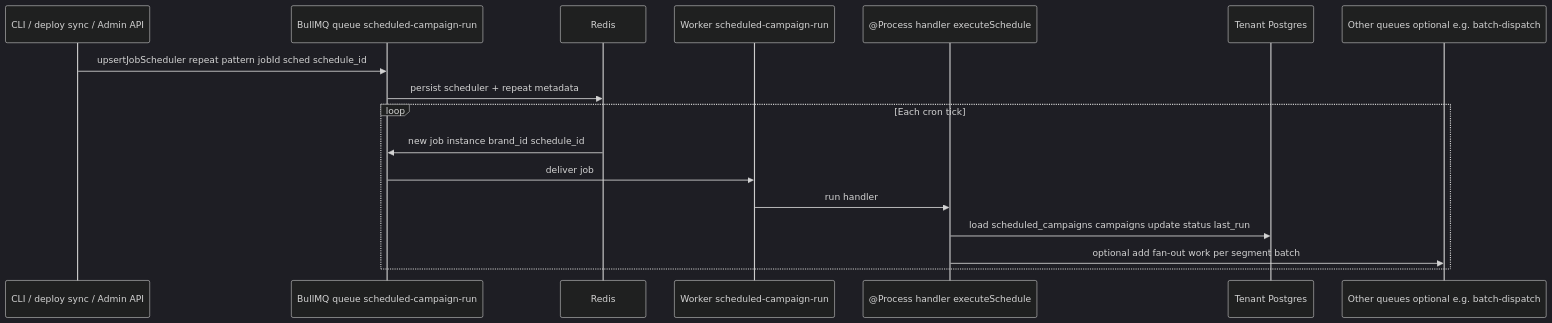
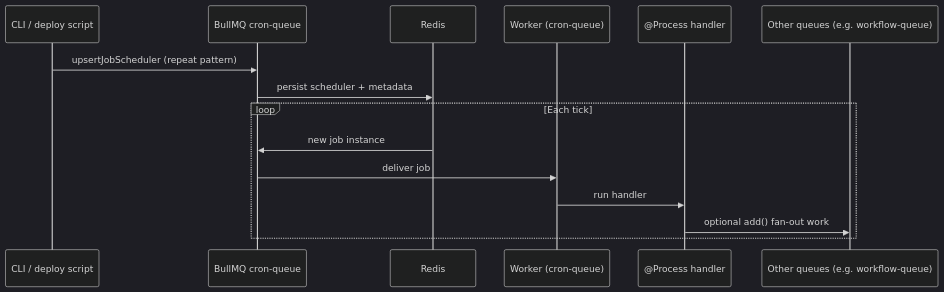
Before and after one commit to rishirathoregammasweep/flows.md: the diagram in architecture-bullmq.md, drawn with Mermaid (dark theme). The commit also changed other lines of this file, not shown here.

````diff
--- a/architecture-bullmq.md
+++ b/architecture-bullmq.md
@@ -106,20 +33,18 @@
 ```mermaid
 sequenceDiagram
-  participant CLI as CLI / deploy sync / Admin API
-  participant CQ as BullMQ queue scheduled-campaign-run
+  participant CLI as CLI / deploy script
+  participant CQ as BullMQ cron-queue
   participant Redis as Redis
-  participant W as Worker scheduled-campaign-run
-  participant H as @Process handler executeSchedule
-  participant DB as Tenant Postgres
-  participant OQ as Other queues optional e.g. batch-dispatch
+  participant W as Worker (cron-queue)
+  participant H as @Process handler
+  participant OQ as Other queues (e.g. workflow-queue)
 
-  CLI->>CQ: upsertJobScheduler repeat pattern jobId sched schedule_id
-  CQ->>Redis: persist scheduler + repeat metadata
-  loop Each cron tick
-    Redis->>CQ: new job instance brand_id schedule_id
+  CLI->>CQ: upsertJobScheduler (repeat pattern)
+  CQ->>Redis: persist scheduler + metadata
+  loop Each tick
+    Redis->>CQ: new job instance
     CQ->>W: deliver job
     W->>H: run handler
-    H->>DB: load scheduled_campaigns campaigns update status last_run
-    H->>OQ: optional add fan-out work per segment batch
+    H->>OQ: optional add() fan-out work
   end
 ```
````
